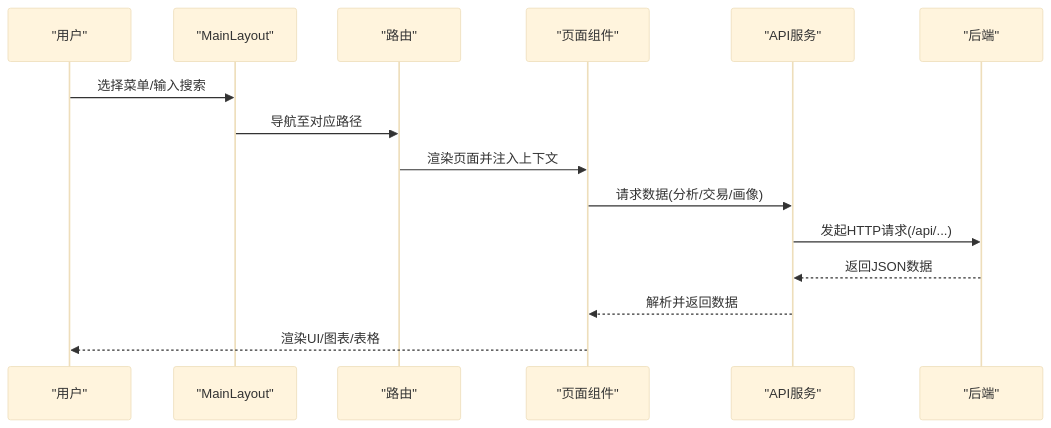
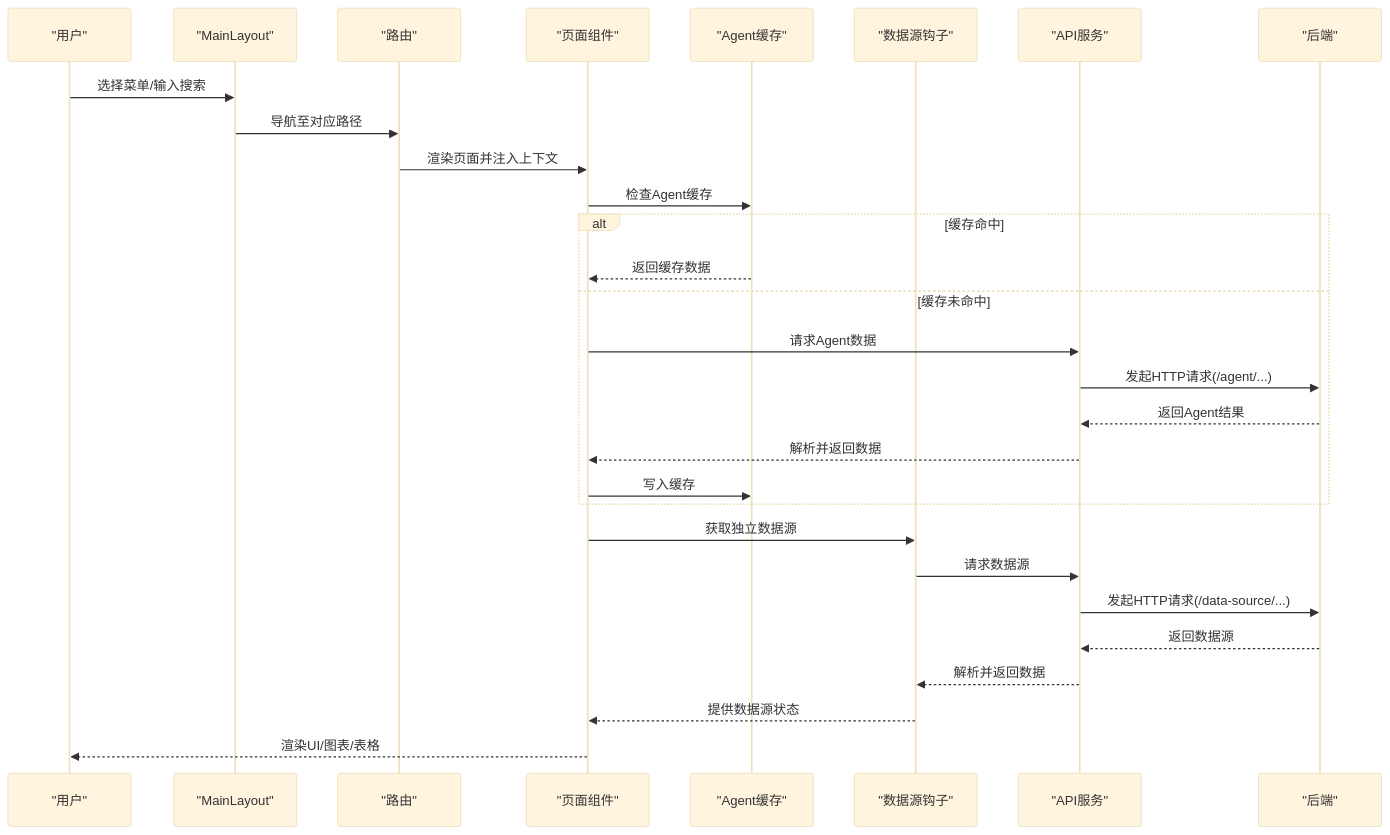
The second of 12 diagrams in .qoder/repowiki/zh/content/前端组件/前端组件.md (Moruime/stock_foker), drawn with Mermaid (base theme) before and after one commit. The commit also changed other lines of this file and 52 other files, not shown here.

````diff
--- a/.qoder/repowiki/zh/content/前端组件/前端组件.md
+++ b/.qoder/repowiki/zh/content/前端组件/前端组件.md
@@ -153,17 +164,31 @@
 ```mermaid
 sequenceDiagram
 participant U as "用户"
 participant L as "MainLayout"
 participant R as "路由"
 participant P as "页面组件"
+participant C as "Agent缓存"
+participant D as "数据源钩子"
 participant S as "API服务"
 participant B as "后端"
 U->>L : 选择菜单/输入搜索
 L->>R : 导航至对应路径
 R->>P : 渲染页面并注入上下文
-P->>S : 请求数据(分析/交易/画像)
-S->>B : 发起HTTP请求(/api/...)
-B-->>S : 返回JSON数据
+P->>C : 检查Agent缓存
+alt 缓存命中
+C-->>P : 返回缓存数据
+else 缓存未命中
+P->>S : 请求Agent数据
+S->>B : 发起HTTP请求(/agent/...)
+B-->>S : 返回Agent结果
 S-->>P : 解析并返回数据
+P->>C : 写入缓存
+end
+P->>D : 获取独立数据源
+D->>S : 请求数据源
+S->>B : 发起HTTP请求(/data-source/...)
+B-->>S : 返回数据源
+S-->>D : 解析并返回数据
+D-->>P : 提供数据源状态
 P-->>U : 渲染UI/图表/表格
 ```
````
